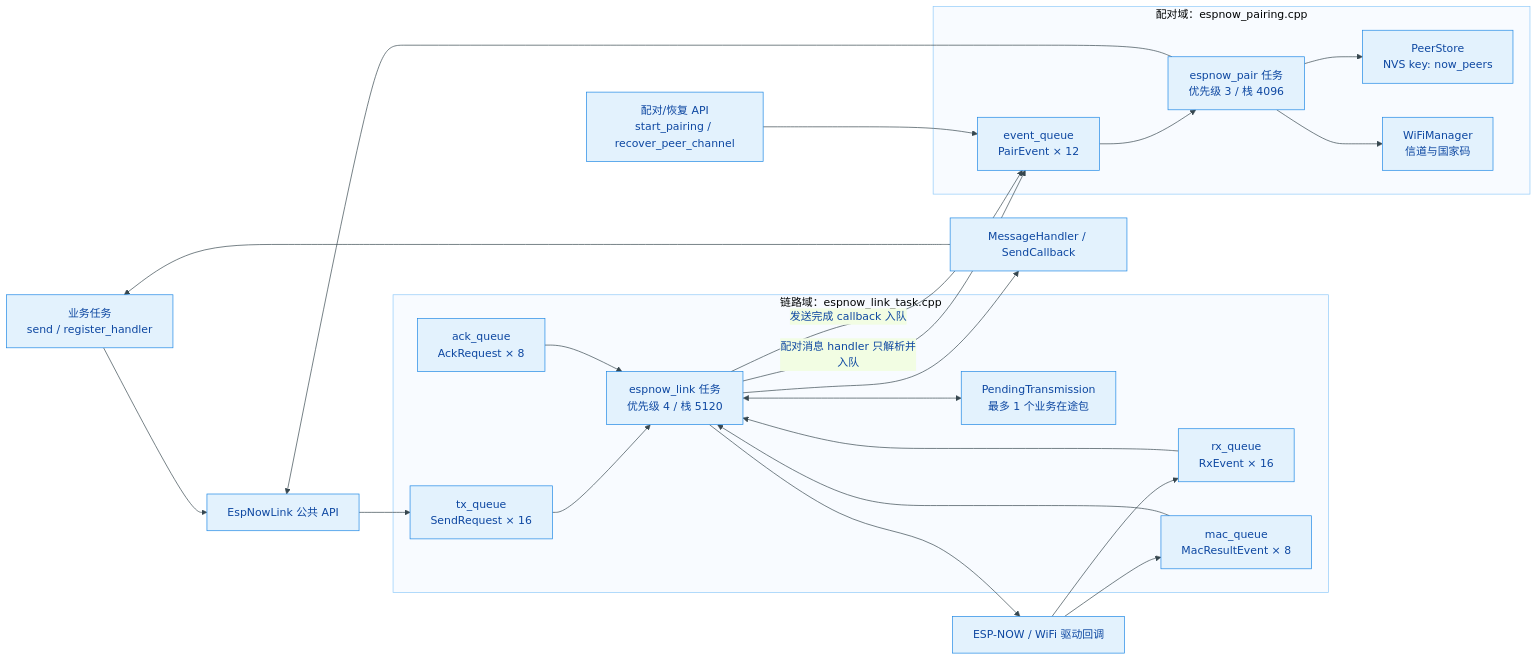
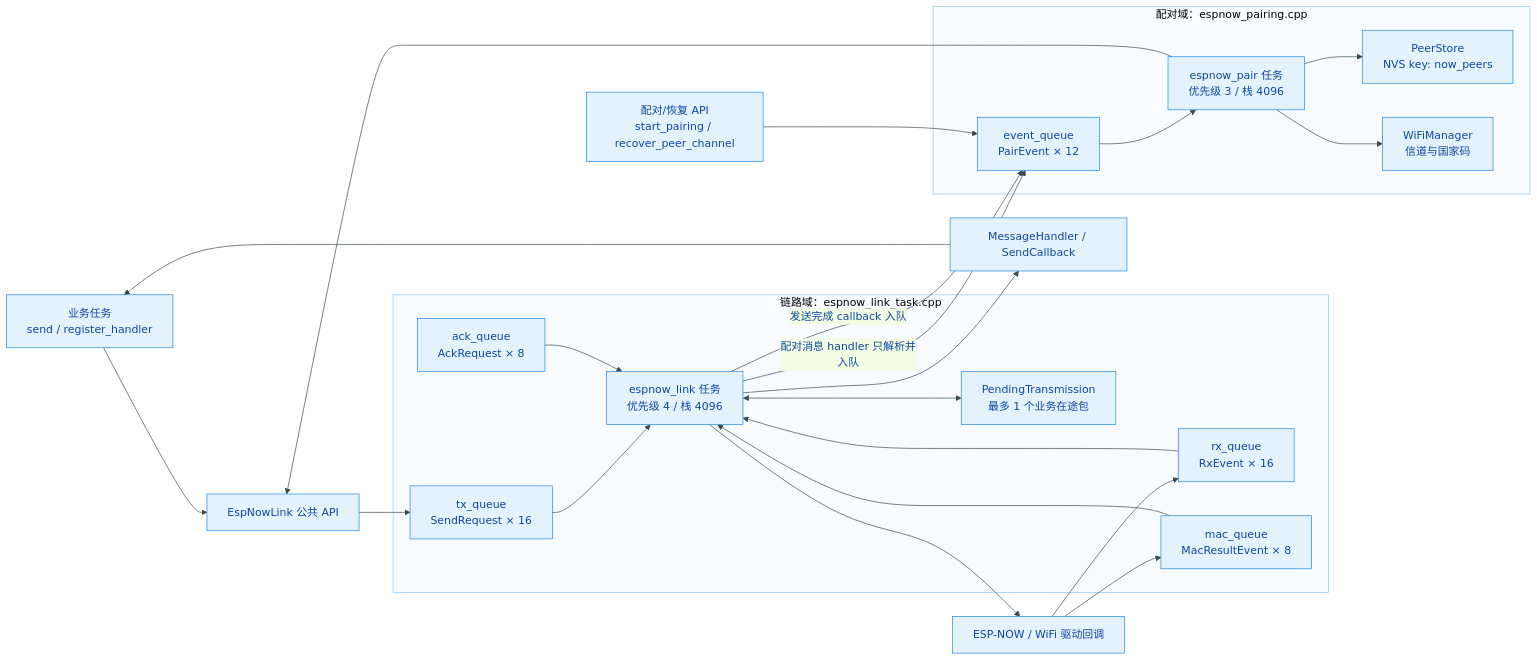
Before and after one commit to qingmeijiupiao/Wireless_power_meter_lite: the first of 9 diagrams in components/middleware/espnow_link/README.md, drawn with Mermaid. The commit also changed 20 other files, not shown here.

````diff
--- a/components/middleware/espnow_link/README.md
+++ b/components/middleware/espnow_link/README.md
@@ -28,38 +28,38 @@
 ```mermaid
 %%{init: { 'theme': 'base', 'themeVariables': { 'primaryColor': '#E3F2FD', 'primaryBorderColor': '#1E88E5', 'primaryTextColor': '#0D47A1', 'lineColor': '#37474F', 'clusterBkg': '#F8FBFF', 'clusterBorder': '#90CAF9' } }}%%
 flowchart LR
     App["业务任务<br/>send / register_handler"] --> API["EspNowLink 公共 API"]
     PairAPI["配对/恢复 API<br/>start_pairing / recover_peer_channel"] --> PairQ["event_queue<br/>PairEvent × 12"]
 
     subgraph Link["链路域：espnow_link_task.cpp"]
         TXQ["tx_queue<br/>SendRequest × 16"]
         RXQ["rx_queue<br/>RxEvent × 16"]
         MACQ["mac_queue<br/>MacResultEvent × 8"]
         ACKQ["ack_queue<br/>AckRequest × 8"]
-        LinkTask["espnow_link 任务<br/>优先级 4 / 栈 5120"]
+        LinkTask["espnow_link 任务<br/>优先级 4 / 栈 4096"]
         Pending["PendingTransmission<br/>最多 1 个业务在途包"]
 
         TXQ --> LinkTask
         RXQ --> LinkTask
         MACQ --> LinkTask
         ACKQ --> LinkTask
         LinkTask <--> Pending
     end
 
     API --> TXQ
     Driver["ESP-NOW / WiFi 驱动回调"] --> RXQ
     Driver --> MACQ
     LinkTask --> Driver
     LinkTask --> Handler["MessageHandler / SendCallback"]
     Handler --> App
 
     subgraph Pair["配对域：espnow_pairing.cpp"]
         PairQ --> PairTask["espnow_pair 任务<br/>优先级 3 / 栈 4096"]
         PairTask --> Store["PeerStore<br/>NVS key: now_peers"]
         PairTask --> WiFi["WiFiManager<br/>信道与国家码"]
     end
 
     LinkTask -->|"配对消息 handler 只解析并入队"| PairQ
     LinkTask -->|"发送完成 callback 入队"| PairQ
     PairTask --> API
 ```
````
